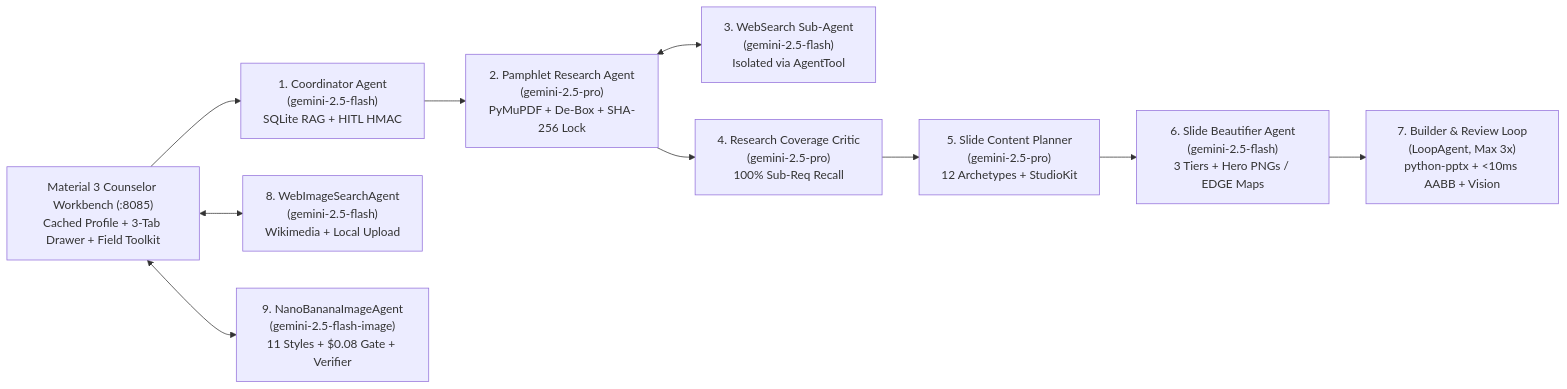
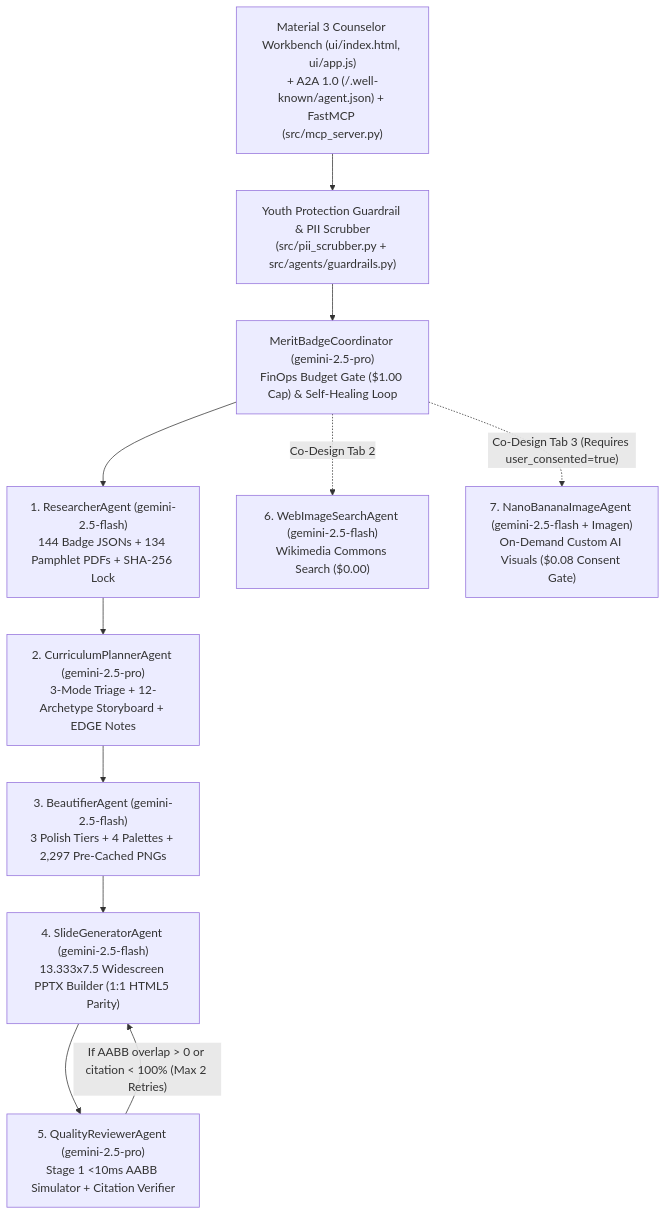
One commit to clayberg/scouts-bsa-merit-badge-agent changed the diagram in docs/TDD.md. Above: the diagram before and after it, drawn with Mermaid. The commit also changed other lines of this file and 28 other files, not shown here.

````diff
--- a/docs/TDD.md
+++ b/docs/TDD.md
@@ -68,12 +25,20 @@
 ```mermaid
-flowchart LR
-    UI["Material 3 Counselor Workbench (:8085)\nCached Profile + 3-Tab Drawer + Field Toolkit"] --> COORD["1. Coordinator Agent\n(gemini-2.5-flash)\nSQLite RAG + HITL HMAC"]
-    COORD --> RES["2. Pamphlet Research Agent\n(gemini-2.5-pro)\nPyMuPDF + De-Box + SHA-256 Lock"]
-    RES <--> SEARCH["3. WebSearch Sub-Agent\n(gemini-2.5-flash)\nIsolated via AgentTool"]
-    RES --> RCRIT["4. Research Coverage Critic\n(gemini-2.5-pro)\n100% Sub-Req Recall"]
-    RCRIT --> PLAN["5. Slide Content Planner\n(gemini-2.5-pro)\n12 Archetypes + StudioKit"]
-    PLAN --> BEAUT["6. Slide Beautifier Agent\n(gemini-2.5-flash)\n3 Tiers + Hero PNGs / EDGE Maps"]
-    BEAUT --> LOOP["7. Builder & Review Loop\n(LoopAgent, Max 3x)\npython-pptx + <10ms AABB + Vision"]
-    UI <--> IMG_WEB["8. WebImageSearchAgent\n(gemini-2.5-flash)\nWikimedia + Local Upload"]
-    UI <--> IMG_AI["9. NanoBananaImageAgent\n(gemini-2.5-flash-image)\n11 Styles + $0.08 Gate + Verifier"]
+flowchart TD
+    UI["Material 3 Counselor Workbench (ui/index.html, ui/app.js)\n+ A2A 1.0 (/.well-known/agent.json) + FastMCP (src/mcp_server.py)"]
+    GUARD["Youth Protection Guardrail & PII Scrubber\n(src/pii_scrubber.py + src/agents/guardrails.py)"]
+    COORD["MeritBadgeCoordinator (gemini-2.5-pro)\nFinOps Budget Gate ($1.00 Cap) & Self-Healing Loop"]
+
+    RES["1. ResearcherAgent (gemini-2.5-flash)\n144 Badge JSONs + 134 Pamphlet PDFs + SHA-256 Lock"]
+    PLAN["2. CurriculumPlannerAgent (gemini-2.5-pro)\n3-Mode Triage + 12-Archetype Storyboard + EDGE Notes"]
+    BEAUT["3. BeautifierAgent (gemini-2.5-flash)\n3 Polish Tiers + 4 Palettes + 2,297 Pre-Cached PNGs"]
+    SLIDE["4. SlideGeneratorAgent (gemini-2.5-flash)\n13.333x7.5 Widescreen PPTX Builder (1:1 HTML5 Parity)"]
+    REV["5. QualityReviewerAgent (gemini-2.5-pro)\nStage 1 <10ms AABB Simulator + Citation Verifier"]
+    WEBIMG["6. WebImageSearchAgent (gemini-2.5-flash)\nWikimedia Commons Search ($0.00)"]
+    NANO["7. NanoBananaImageAgent (gemini-2.5-flash + Imagen)\nOn-Demand Custom AI Visuals ($0.08 Consent Gate)"]
+
+    UI --> GUARD --> COORD
+    COORD --> RES --> PLAN --> BEAUT --> SLIDE --> REV
+    REV -- "If AABB overlap > 0 or citation < 100% (Max 2 Retries)" --> SLIDE
+    COORD -. "Co-Design Tab 2" .-> WEBIMG
+    COORD -. "Co-Design Tab 3 (Requires user_consented=true)" .-> NANO
 ```
````
